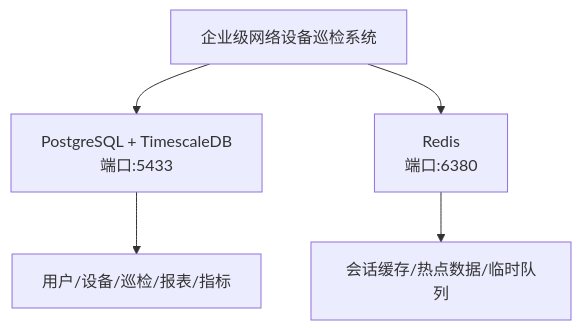
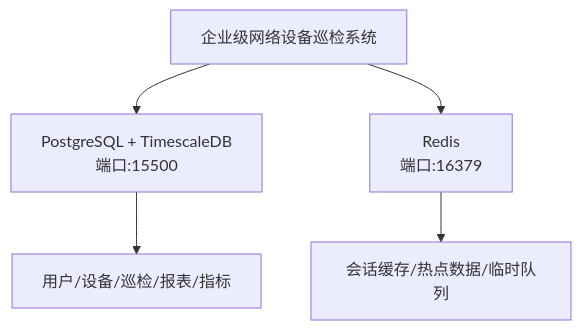
The diagram in docs/datebase/database-docker-deployment.md (Izumi0527/inspect), drawn with Mermaid before and after one commit. The commit also changed other lines of this file and 18 other files, not shown here.

````diff
--- a/docs/datebase/database-docker-deployment.md
+++ b/docs/datebase/database-docker-deployment.md
@@ -11,8 +11,8 @@
 ```mermaid
 graph TB
-    A[企业级网络设备巡检系统] --> B[PostgreSQL + TimescaleDB<br/>端口:5433]
-    A --> C[Redis<br/>端口:6380]
+    A[企业级网络设备巡检系统] --> B[PostgreSQL + TimescaleDB<br/>端口:15500]
+    A --> C[Redis<br/>端口:16379]
 
     B --> D[用户/设备/巡检/报表/指标]
     C --> E[会话缓存/热点数据/临时队列]
 ```
````
